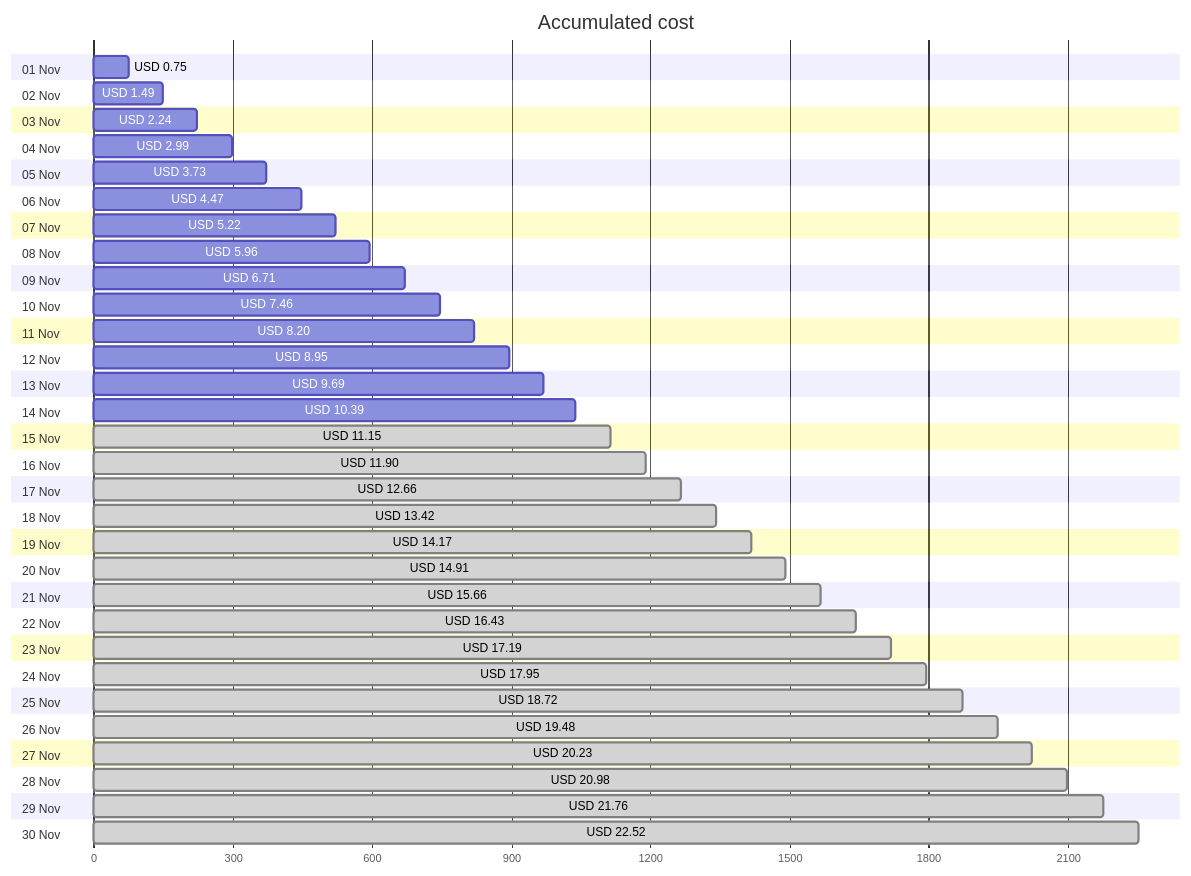
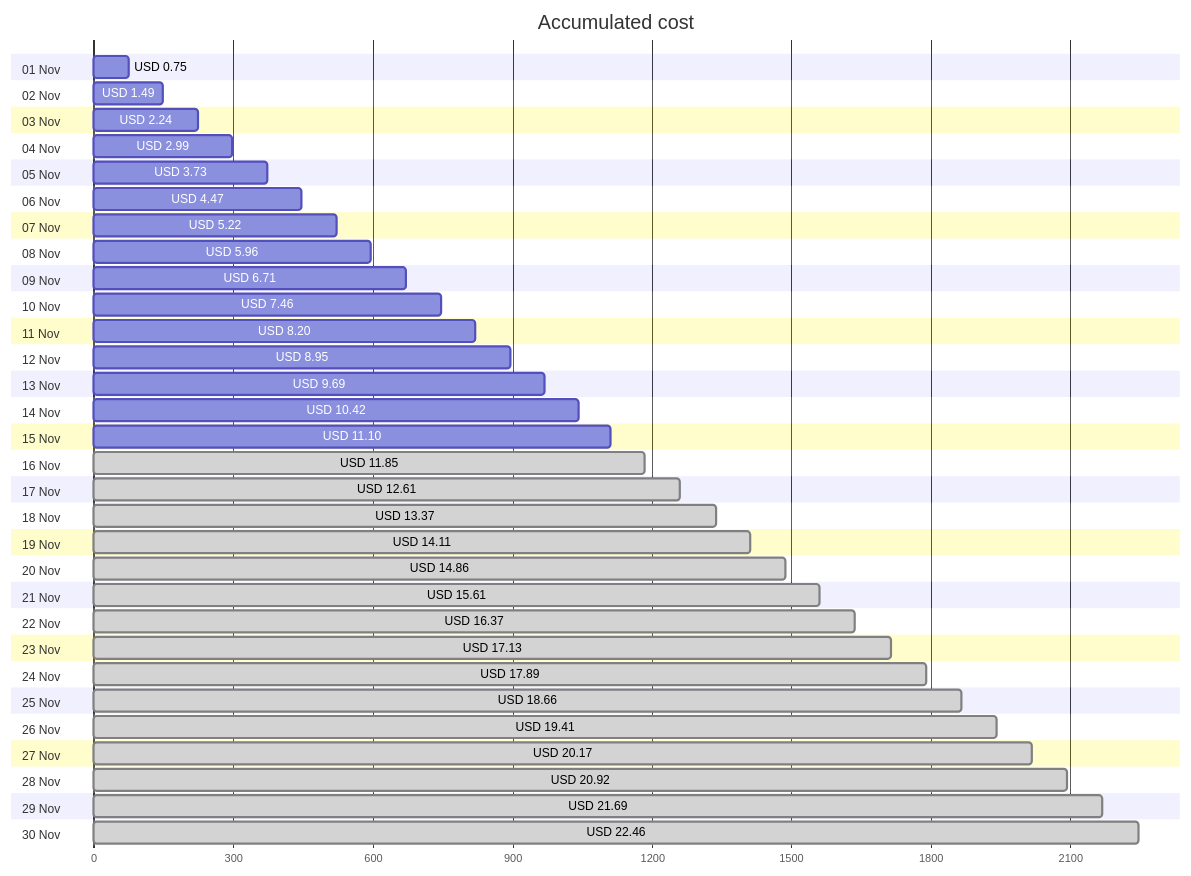
The first of 4 diagrams in cost-reports/personal-network/backup-server-data-disk.md (jpfulton/azure-personal-reports), drawn with Mermaid before and after one commit. The commit also changed other lines of this file and 8 other files, not shown here.

````diff
--- a/cost-reports/personal-network/backup-server-data-disk.md
+++ b/cost-reports/personal-network/backup-server-data-disk.md
@@ -20,66 +20,66 @@
 ```mermaid
 gantt
    title Accumulated cost
    dateFormat  X
    axisFormat %s
    section 01 Nov
    USD 0.75 :0, 75
    section 02 Nov
    USD 1.49 :0, 149
    section 03 Nov
    USD 2.24 :0, 224
    section 04 Nov
    USD 2.99 :0, 299
    section 05 Nov
    USD 3.73 :0, 373
    section 06 Nov
    USD 4.47 :0, 447
    section 07 Nov
    USD 5.22 :0, 522
    section 08 Nov
    USD 5.96 :0, 596
    section 09 Nov
    USD 6.71 :0, 671
    section 10 Nov
    USD 7.46 :0, 746
    section 11 Nov
    USD 8.20 :0, 820
    section 12 Nov
    USD 8.95 :0, 895
    section 13 Nov
    USD 9.69 :0, 969
    section 14 Nov
-   USD 10.39 :0, 1039
+   USD 10.42 :0, 1042
    section 15 Nov
-   USD 11.15 : done, 0, 1115
+   USD 11.10 :0, 1110
    section 16 Nov
-   USD 11.90 : done, 0, 1190
+   USD 11.85 : done, 0, 1185
    section 17 Nov
-   USD 12.66 : done, 0, 1266
+   USD 12.61 : done, 0, 1261
    section 18 Nov
-   USD 13.42 : done, 0, 1342
+   USD 13.37 : done, 0, 1337
    section 19 Nov
-   USD 14.17 : done, 0, 1417
+   USD 14.11 : done, 0, 1411
    section 20 Nov
-   USD 14.91 : done, 0, 1491
+   USD 14.86 : done, 0, 1486
    section 21 Nov
-   USD 15.66 : done, 0, 1566
+   USD 15.61 : done, 0, 1561
    section 22 Nov
-   USD 16.43 : done, 0, 1643
+   USD 16.37 : done, 0, 1637
    section 23 Nov
-   USD 17.19 : done, 0, 1719
+   USD 17.13 : done, 0, 1713
    section 24 Nov
-   USD 17.95 : done, 0, 1795
+   USD 17.89 : done, 0, 1789
    section 25 Nov
-   USD 18.72 : done, 0, 1872
+   USD 18.66 : done, 0, 1866
    section 26 Nov
-   USD 19.48 : done, 0, 1948
+   USD 19.41 : done, 0, 1941
    section 27 Nov
-   USD 20.23 : done, 0, 2023
+   USD 20.17 : done, 0, 2017
    section 28 Nov
-   USD 20.98 : done, 0, 2098
+   USD 20.92 : done, 0, 2092
    section 29 Nov
-   USD 21.76 : done, 0, 2176
+   USD 21.69 : done, 0, 2169
    section 30 Nov
-   USD 22.52 : done, 0, 2252
+   USD 22.46 : done, 0, 2246
 ```
````
